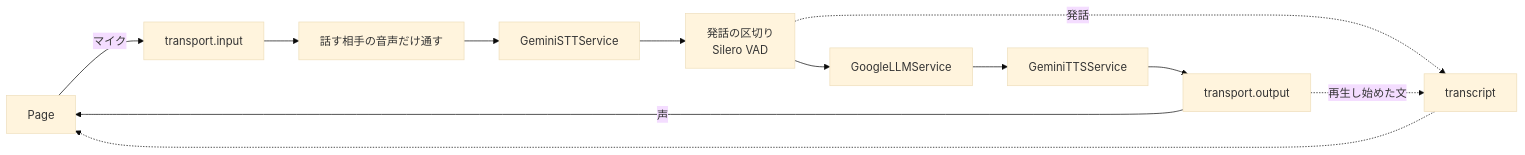
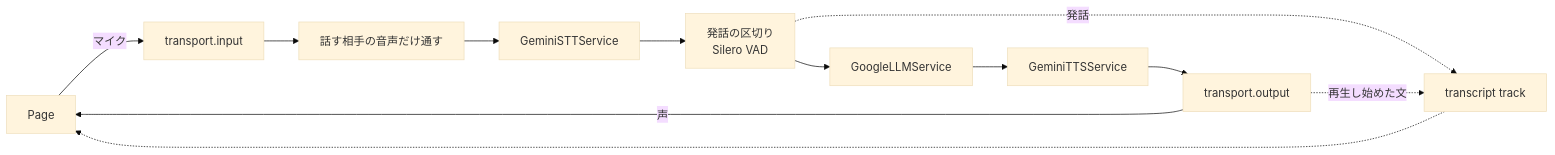
Before and after one commit to nttcom/moq-wasm: the diagram in examples/python/moq-ai-voice-agent/README.md, drawn with Mermaid (base theme). The commit also changed other lines of this file and 6 other files, not shown here.

````diff
--- a/examples/python/moq-ai-voice-agent/README.md
+++ b/examples/python/moq-ai-voice-agent/README.md
@@ -6,14 +6,14 @@
 ```mermaid
 flowchart LR
     P[Page] -->|マイク| I[transport.input]
     I --> F[話す相手の音声だけ通す]
     F --> S[GeminiSTTService]
     S --> U[発話の区切り<br>Silero VAD]
     U --> L[GoogleLLMService]
     L --> T[GeminiTTSService]
     T --> O[transport.output]
     O -->|声| P
-    U -.->|発話| X[transcript]
+    U -.->|発話| X[transcript track]
     O -.->|再生し始めた文| X
     X -.-> P
 ```
````
